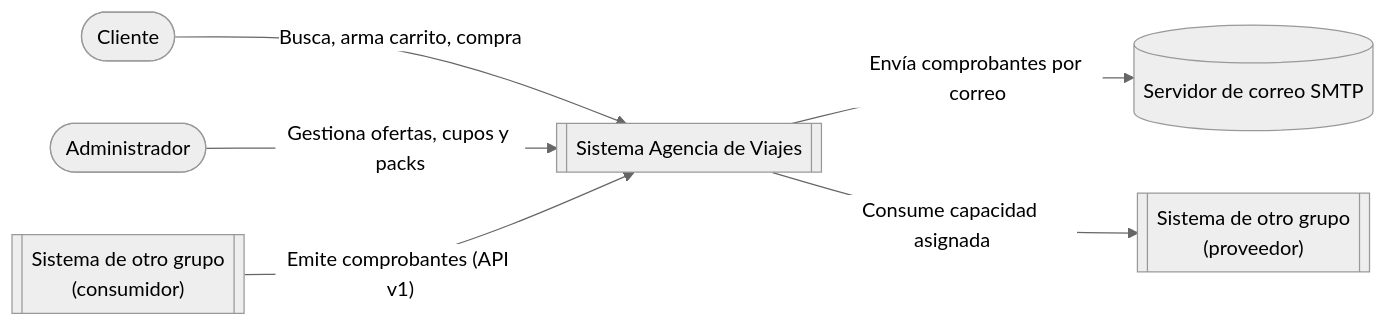
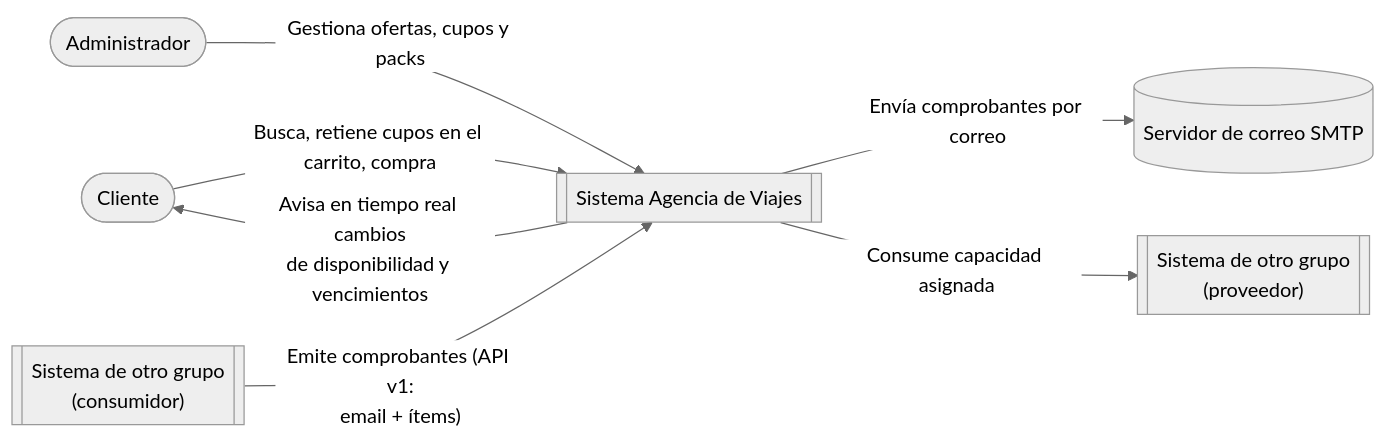
One commit to faqarri/Arquitectura-de-Software---TP-Final-Albizu-Arribillaga-Scaglia-Trucco changed the first of 5 diagrams in docs/ARCHITECTURE.md. Above: the diagram before and after it, drawn with Mermaid (neutral theme). The commit also changed other lines of this file and 22 other files, not shown here.

````diff
--- a/docs/ARCHITECTURE.md
+++ b/docs/ARCHITECTURE.md
@@ -20,15 +23,16 @@
 ```mermaid
 flowchart LR
     cliente([Cliente])
     admin([Administrador])
     sistema[["Sistema Agencia de Viajes"]]
     mail[(Servidor de correo SMTP)]
     consumidor[["Sistema de otro grupo<br/>(consumidor)"]]
     proveedor[["Sistema de otro grupo<br/>(proveedor)"]]
 
-    cliente -- "Busca, arma carrito, compra" --> sistema
+    cliente -- "Busca, retiene cupos en el carrito, compra" --> sistema
+    sistema -- "Avisa en tiempo real cambios<br/>de disponibilidad y vencimientos" --> cliente
     admin -- "Gestiona ofertas, cupos y packs" --> sistema
     sistema -- "Envía comprobantes por correo" --> mail
-    consumidor -- "Emite comprobantes (API v1)" --> sistema
+    consumidor -- "Emite comprobantes (API v1:<br/>email + ítems)" --> sistema
     sistema -- "Consume capacidad asignada" --> proveedor
 ```
````
